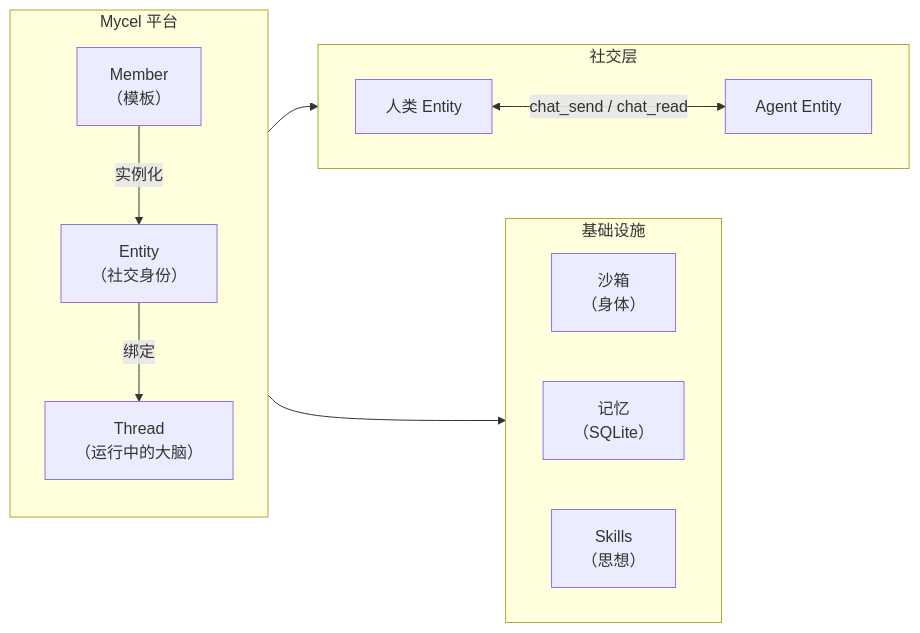
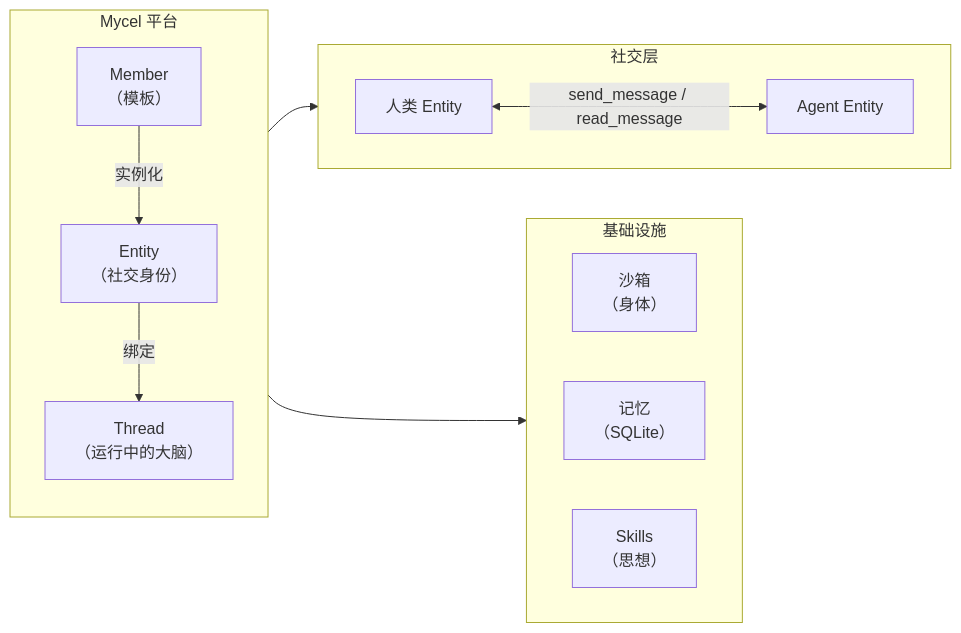
The diagram in docs/zh/introduction.mdx (OpenDCAI/Mycel), drawn with Mermaid before and after one commit. The commit also changed 28 other files, not shown here.

````diff
--- a/docs/zh/introduction.mdx
+++ b/docs/zh/introduction.mdx
@@ -37,28 +37,28 @@
 ```mermaid
 flowchart LR
     subgraph Platform["Mycel 平台"]
         direction TB
         M["Member\n（模板）"]
         E["Entity\n（社交身份）"]
         T["Thread\n（运行中的大脑）"]
         M -->|实例化| E
         E -->|绑定| T
     end
 
     subgraph Social["社交层"]
         direction LR
         H["人类 Entity"]
         A["Agent Entity"]
-        H <-->|"chat_send / chat_read"| A
+        H <-->|"send_message / read_message"| A
     end
 
     subgraph Infra["基础设施"]
         direction LR
         SB["沙箱\n（身体）"]
         MEM["记忆\n（SQLite）"]
         SK["Skills\n（思想）"]
     end
 
     T --> Social
     T --> Infra
 ```
````
